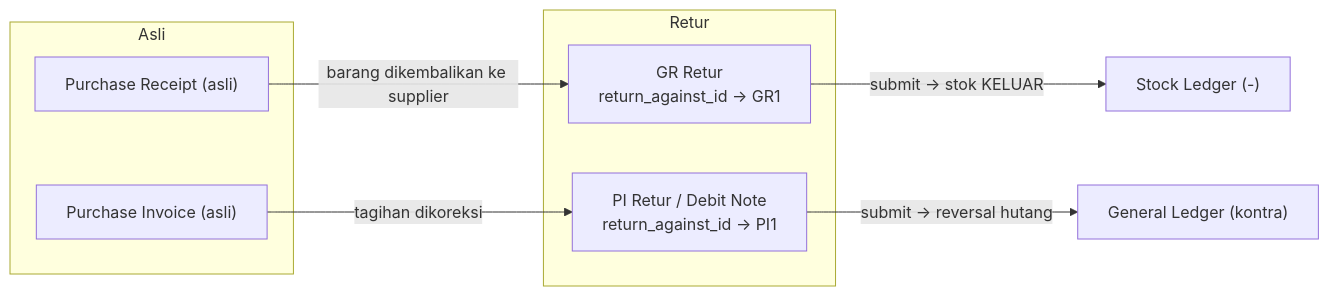
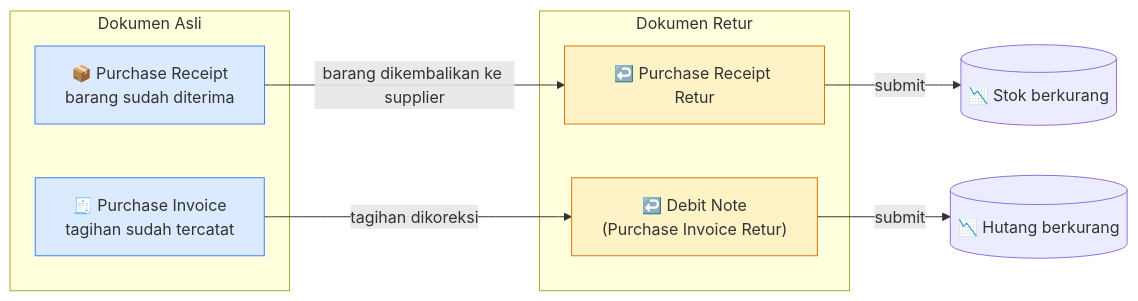
The seventh of 7 diagrams in docs/modules/purchase.md (RimbunCode/erp_pataya), drawn with Mermaid before and after one commit. The commit also changed other lines of this file and 14 other files, not shown here.

````diff
--- a/docs/modules/purchase.md
+++ b/docs/modules/purchase.md
@@ -391,15 +298,20 @@
 ```mermaid
 flowchart LR
-    subgraph Asli
-      GR1["Purchase Receipt (asli)"]
-      PI1["Purchase Invoice (asli)"]
+    subgraph asli [" Dokumen Asli "]
+      GR1["📦 Purchase Receipt<br/>barang sudah diterima"]
+      PI1["🧾 Purchase Invoice<br/>tagihan sudah tercatat"]
     end
-    subgraph Retur
-      GR2["GR Retur<br/>return_against_id → GR1"]
-      PI2["PI Retur / Debit Note<br/>return_against_id → PI1"]
+    subgraph retur [" Dokumen Retur "]
+      GR2["↩️ Purchase Receipt Retur"]
+      PI2["↩️ Debit Note<br/>(Purchase Invoice Retur)"]
     end
     GR1 -->|"barang dikembalikan ke supplier"| GR2
     PI1 -->|"tagihan dikoreksi"| PI2
-    GR2 -->|"submit → stok KELUAR"| SLE["Stock Ledger (-)"]
-    PI2 -->|"submit → reversal hutang"| GL["General Ledger (kontra)"]
+    GR2 -->|"submit"| Stok[("📉 Stok berkurang")]
+    PI2 -->|"submit"| Hutang[("📉 Hutang berkurang")]
+
+    style GR1 fill:#dbeafe,stroke:#3b82f6
+    style PI1 fill:#dbeafe,stroke:#3b82f6
+    style GR2 fill:#fef3c7,stroke:#d97706
+    style PI2 fill:#fef3c7,stroke:#d97706
 ```
````
